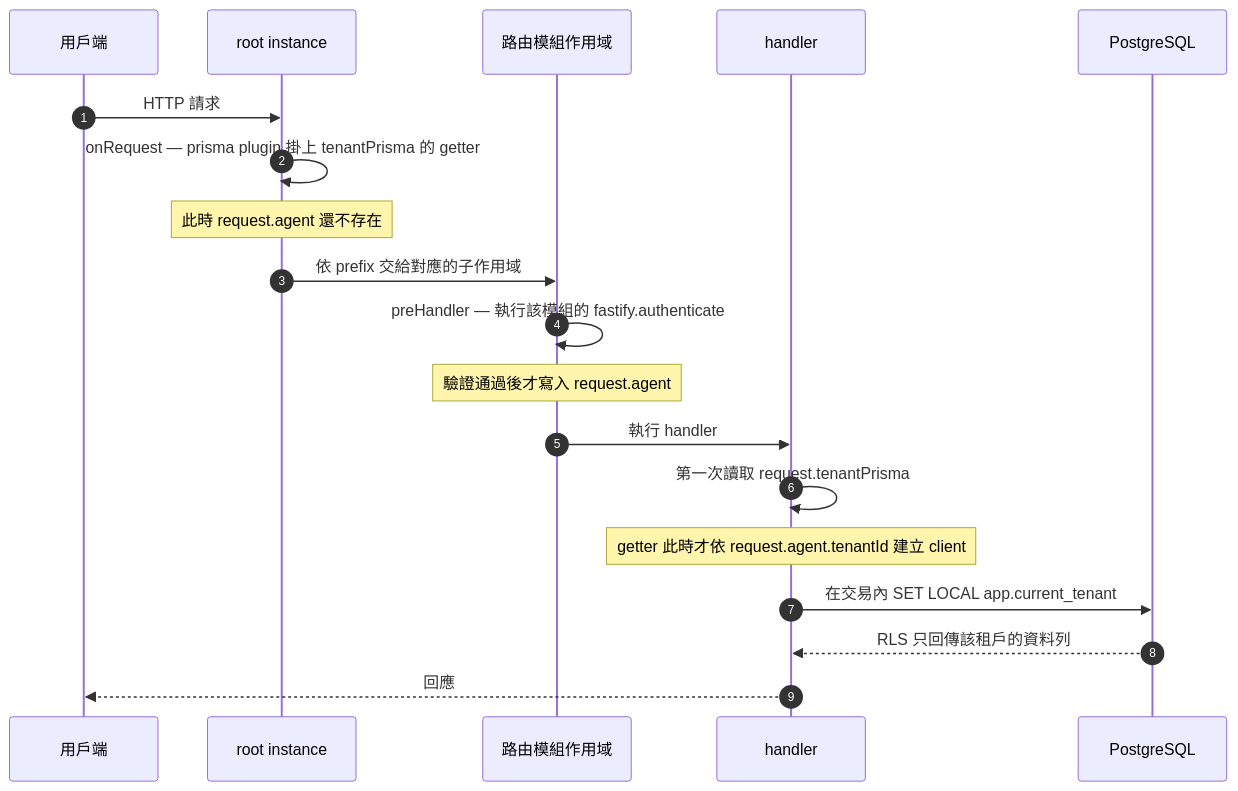
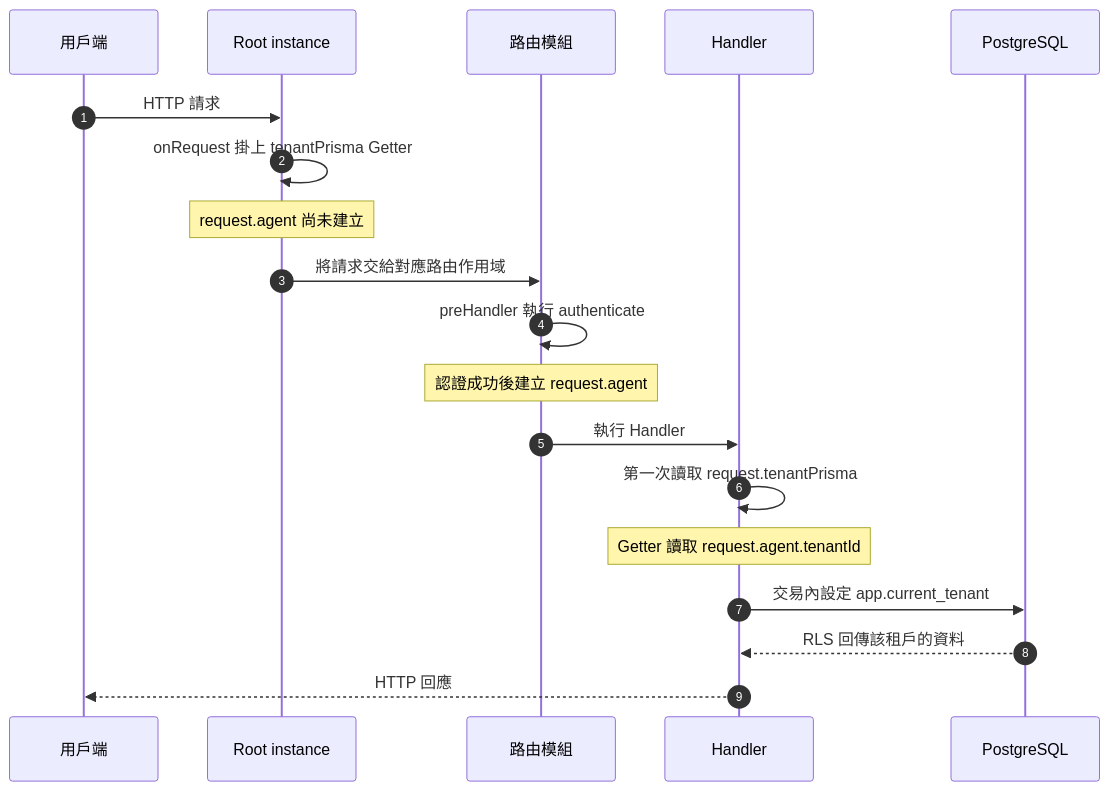
The second of 3 diagrams in docs/ref/API-PLUGIN-ARCHITECTURE.md (CreateIntelligens/open333crm), drawn with Mermaid before and after one commit. The commit also changed other lines of this file and 1 other file, not shown here.

````diff
--- a/docs/ref/API-PLUGIN-ARCHITECTURE.md
+++ b/docs/ref/API-PLUGIN-ARCHITECTURE.md
@@ -158,22 +50,22 @@
 ```mermaid
 sequenceDiagram
     autonumber
     participant C as 用戶端
-    participant R as root instance
-    participant M as 路由模組作用域
-    participant H as handler
+    participant R as Root instance
+    participant M as 路由模組
+    participant H as Handler
     participant DB as PostgreSQL
 
     C->>R: HTTP 請求
-    R->>R: onRequest — prisma plugin 掛上 tenantPrisma 的 getter
-    Note over R: 此時 request.agent 還不存在
-    R->>M: 依 prefix 交給對應的子作用域
-    M->>M: preHandler — 執行該模組的 fastify.authenticate
-    Note over M: 驗證通過後才寫入 request.agent
-    M->>H: 執行 handler
+    R->>R: onRequest 掛上 tenantPrisma Getter
+    Note over R: request.agent 尚未建立
+    R->>M: 將請求交給對應路由作用域
+    M->>M: preHandler 執行 authenticate
+    Note over M: 認證成功後建立 request.agent
+    M->>H: 執行 Handler
     H->>H: 第一次讀取 request.tenantPrisma
-    Note over H: getter 此時才依 request.agent.tenantId 建立 client
-    H->>DB: 在交易內 SET LOCAL app.current_tenant
-    DB-->>H: RLS 只回傳該租戶的資料列
-    H-->>C: 回應
+    Note over H: Getter 讀取 request.agent.tenantId
+    H->>DB: 交易內設定 app.current_tenant
+    DB-->>H: RLS 回傳該租戶的資料
+    H-->>C: HTTP 回應
 ```
````
